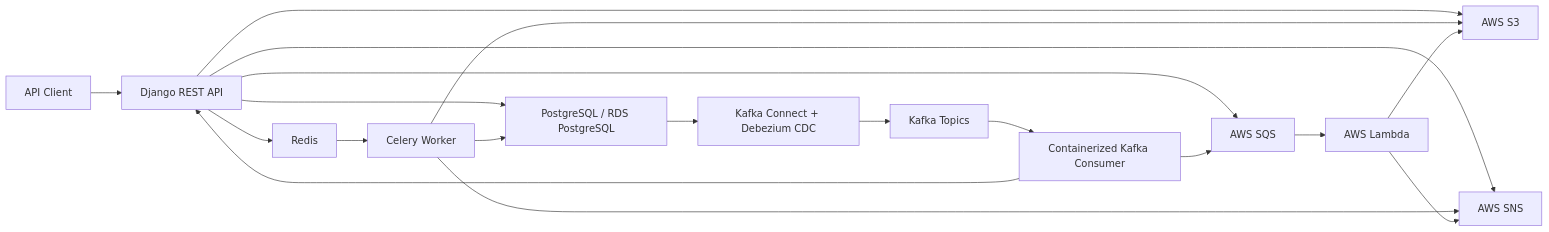
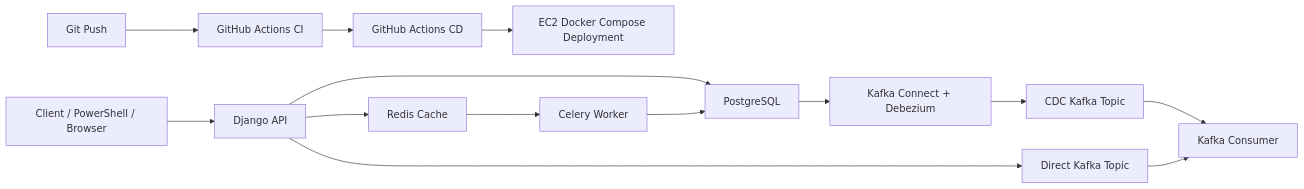
The diagram in README.md (vipulkumarpandey111/Retail_Management), drawn with Mermaid before and after one commit. The commit also changed other lines of this file and 3 other files, not shown here.

````diff
--- a/README.md
+++ b/README.md
@@ -76,24 +90,16 @@
 ```mermaid
 flowchart LR
-    Client["API Client"] --> API["Django REST API"]
-    API --> PG["PostgreSQL / RDS PostgreSQL"]
-    API --> Redis["Redis"]
-    API --> S3["AWS S3"]
-    API --> SQS["AWS SQS"]
-    API --> SNS["AWS SNS"]
-
+    Client["Client / PowerShell / Browser"] --> API["Django API"]
+    API --> PG["PostgreSQL"]
+    API --> Redis["Redis Cache"]
+    API --> DirectKafka["Direct Kafka Topic"]
     Redis --> Celery["Celery Worker"]
     Celery --> PG
-    Celery --> S3
-    Celery --> SNS
-
-    PG --> Debezium["Kafka Connect + Debezium CDC"]
-    Debezium --> Kafka["Kafka Topics"]
-    Kafka --> Consumer["Containerized Kafka Consumer"]
-    Consumer --> SQS
-    Consumer --> API
-
-    SQS --> Lambda["AWS Lambda"]
-    Lambda --> S3
-    Lambda --> SNS
+    PG --> Debezium["Kafka Connect + Debezium"]
+    Debezium --> CDCKafka["CDC Kafka Topic"]
+    DirectKafka --> Consumer["Kafka Consumer"]
+    CDCKafka --> Consumer
+    Dev["Git Push"] --> CI["GitHub Actions CI"]
+    CI --> CD["GitHub Actions CD"]
+    CD --> EC2["EC2 Docker Compose Deployment"]
 ```
````
